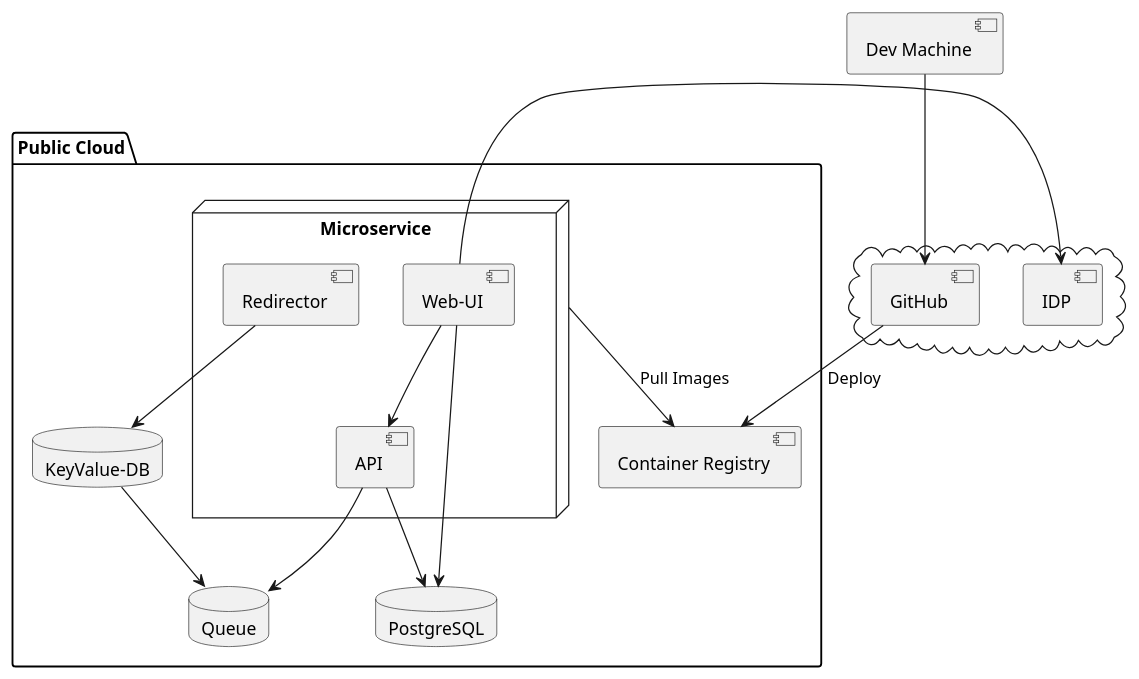
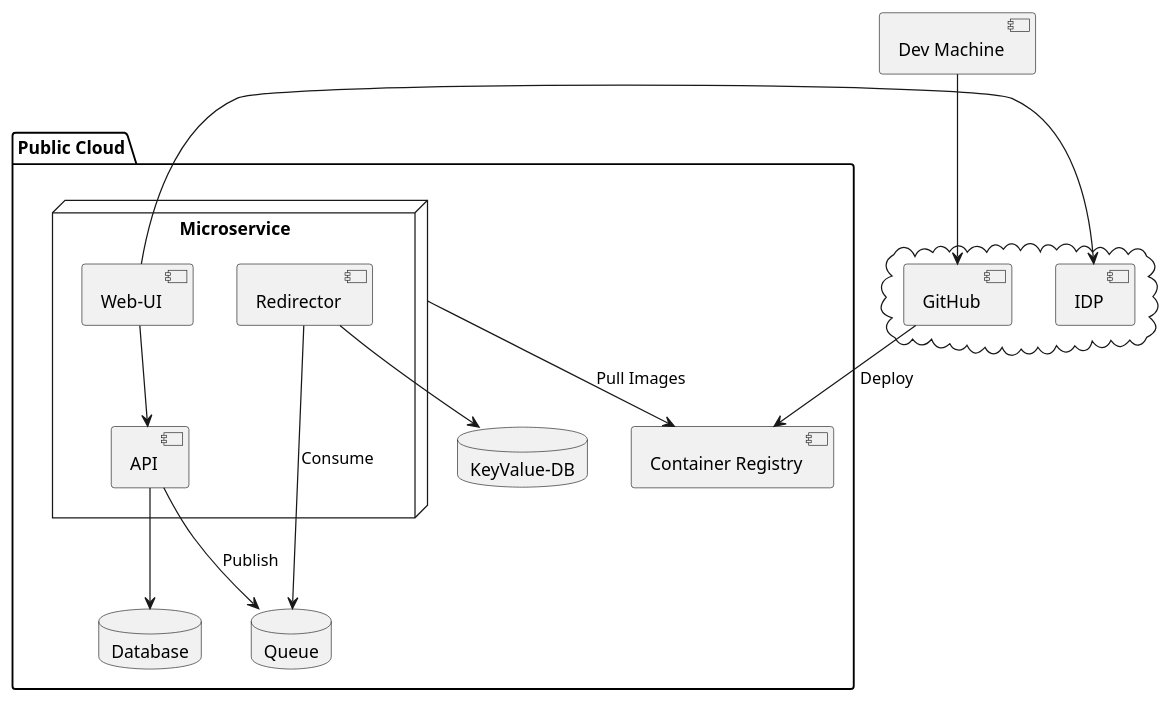
Before and after one commit to Cloud-native-engineering/sem03_docs: the diagram in resources/artifacts/service_design.plantuml, drawn with PlantUML. The commit also changed 104 other files, not shown here.

```diff
--- a/resources/artifacts/service_design.plantuml
+++ b/resources/artifacts/service_design.plantuml
@@ -1,33 +1,32 @@
 @startuml
 cloud {
   [GitHub] as github
   [IDP] as idp
 }
 
 [Dev Machine] as dev
 
 package "Public Cloud" {
-  database "PostgreSQL" as database
+  database "Database" as database
   database "KeyValue-DB" as keyvaluedb
   database "Queue" as queue
   
   [Container Registry] as registry
 
   node "Microservice" as micro {
     [API] as api
     [Web-UI] as web
     [Redirector] as redirector
   }
 }
 
 dev --> github
 github -d-> registry : Deploy
 micro --> registry : Pull Images
-web --> database
 web --> api
-web -l-> idp
+web -r-> idp
 api --> database
-api --> queue
+api --> queue : Publish
+queue <-- redirector : Consume
 redirector -d-> keyvaluedb
-keyvaluedb -r-> queue
 @enduml
```
